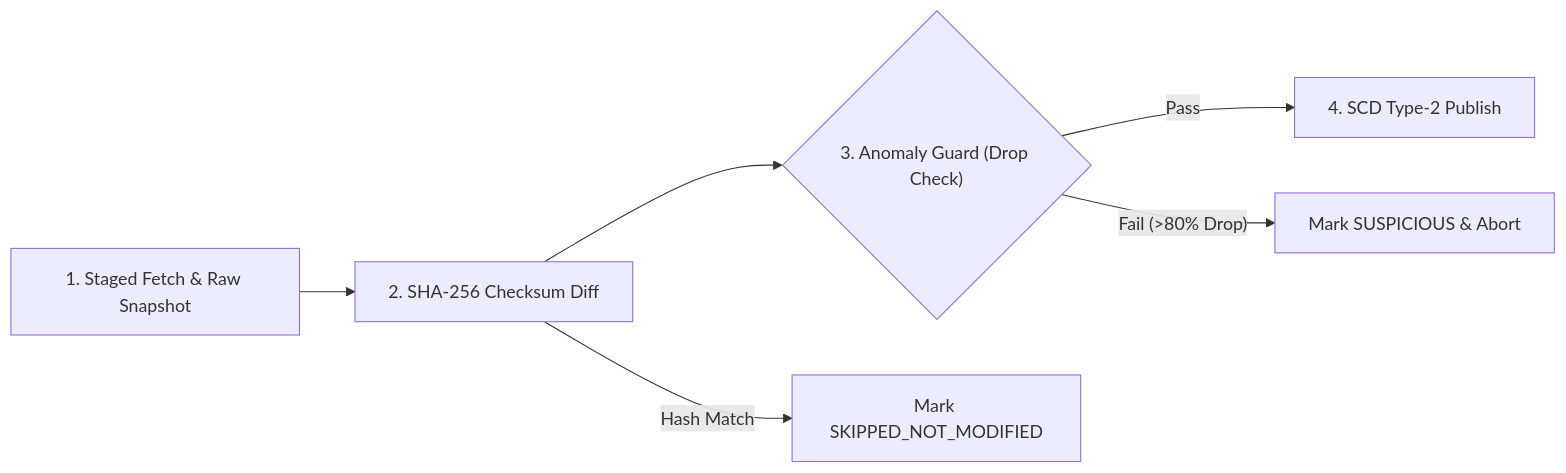
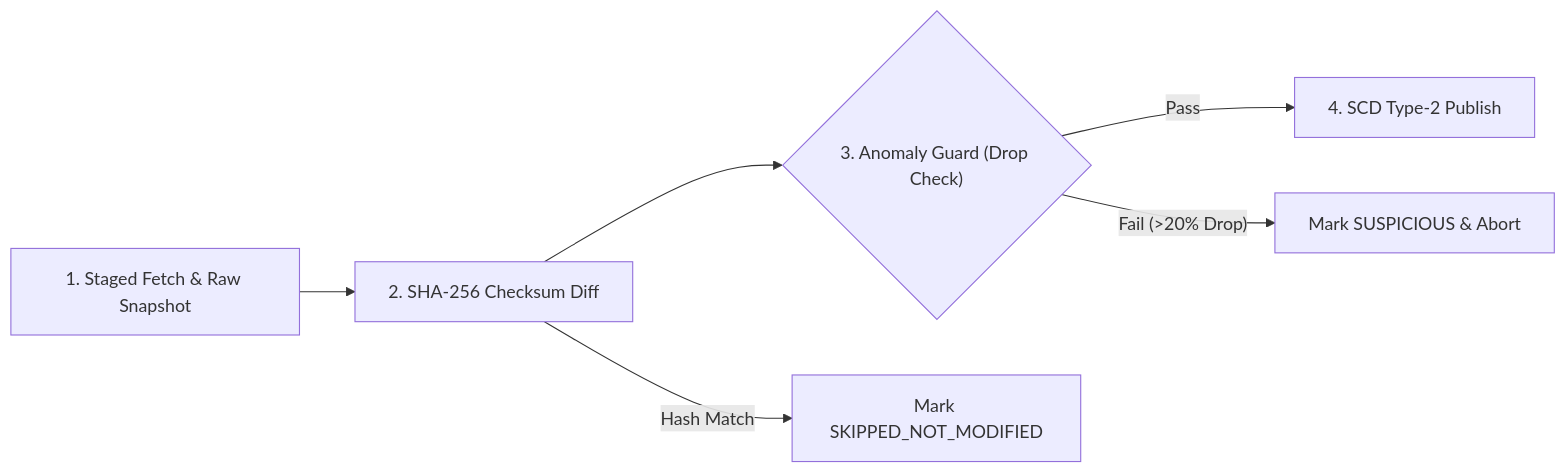
Before and after one commit to Ramisali007/trade-guard-intelligence: the diagram in DATA_SYNC.md, drawn with Mermaid. The commit also changed other lines of this file and 35 other files, not shown here.

````diff
--- a/DATA_SYNC.md
+++ b/DATA_SYNC.md
@@ -31,8 +31,8 @@
 ```mermaid
 flowchart LR
     Fetch["1. Staged Fetch & Raw Snapshot"] --> Checksum["2. SHA-256 Checksum Diff"]
     Checksum --> Guard{"3. Anomaly Guard (Drop Check)"}
     Guard -- Pass --> Publish["4. SCD Type-2 Publish"]
-    Guard -- Fail (>80% Drop) --> Reject["Mark SUSPICIOUS & Abort"]
+    Guard -- Fail (>20% Drop) --> Reject["Mark SUSPICIOUS & Abort"]
     Checksum -- Hash Match --> Skip["Mark SKIPPED_NOT_MODIFIED"]
 ```
````
